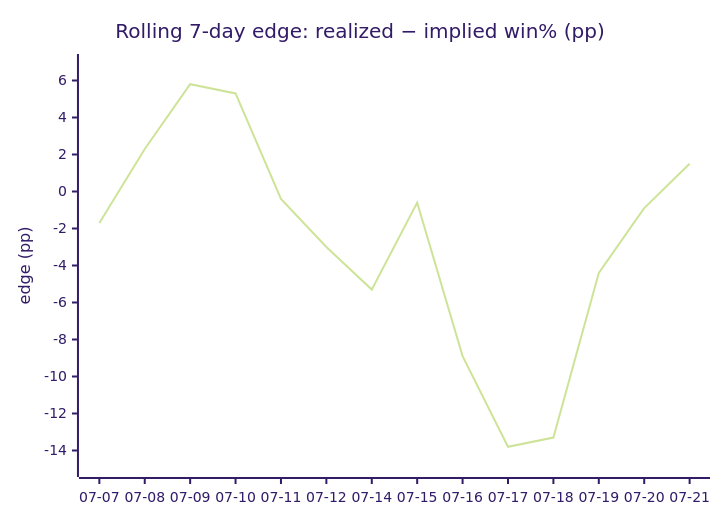
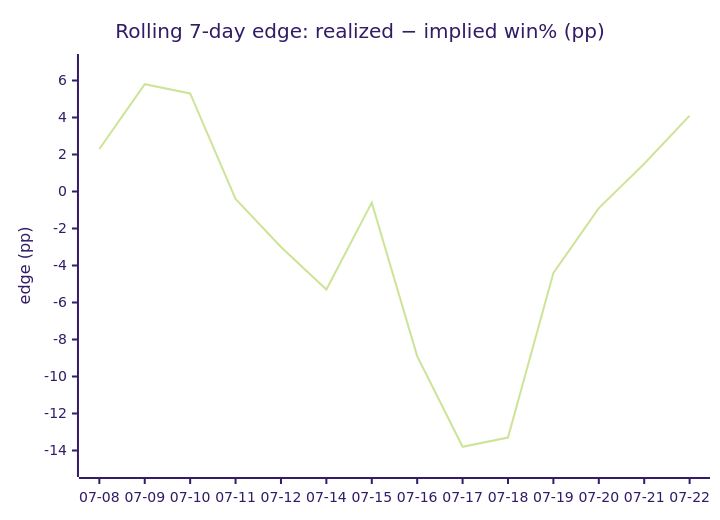
The fourth of 4 diagrams in DAILY_AGSU_REPORT.md (dpk1212/nhl-savant), drawn with Mermaid (forest theme) before and after one commit. The commit also changed other lines of this file, not shown here.

````diff
--- a/DAILY_AGSU_REPORT.md
+++ b/DAILY_AGSU_REPORT.md
@@ -721,7 +730,7 @@
 ```mermaid
 xychart-beta
     title "Rolling 7-day edge: realized − implied win% (pp)"
-    x-axis ["07-07", "07-08", "07-09", "07-10", "07-11", "07-12", "07-14", "07-15", "07-16", "07-17", "07-18", "07-19", "07-20", "07-21"]
+    x-axis ["07-08", "07-09", "07-10", "07-11", "07-12", "07-14", "07-15", "07-16", "07-17", "07-18", "07-19", "07-20", "07-21", "07-22"]
     y-axis "edge (pp)" -15 --> 7
-    line [-1.7, 2.3, 5.8, 5.3, -0.4, -3, -5.3, -0.6, -8.9, -13.8, -13.3, -4.4, -0.9, 1.5]
+    line [2.3, 5.8, 5.3, -0.4, -3, -5.3, -0.6, -8.9, -13.8, -13.3, -4.4, -0.9, 1.5, 4.1]
 ```
````
